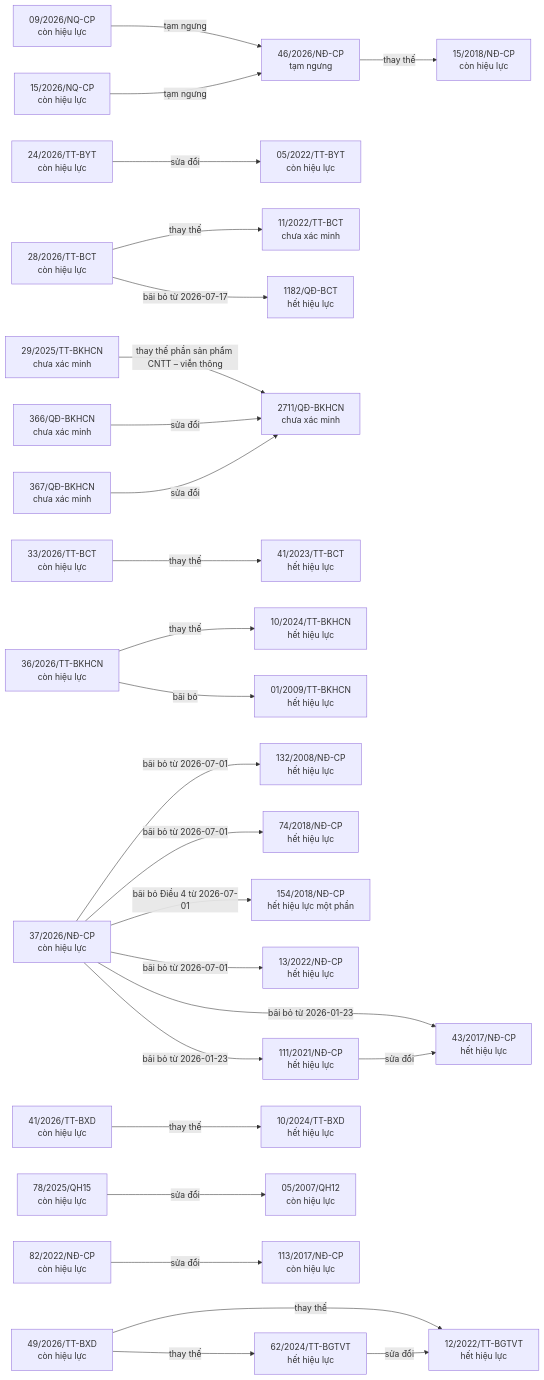
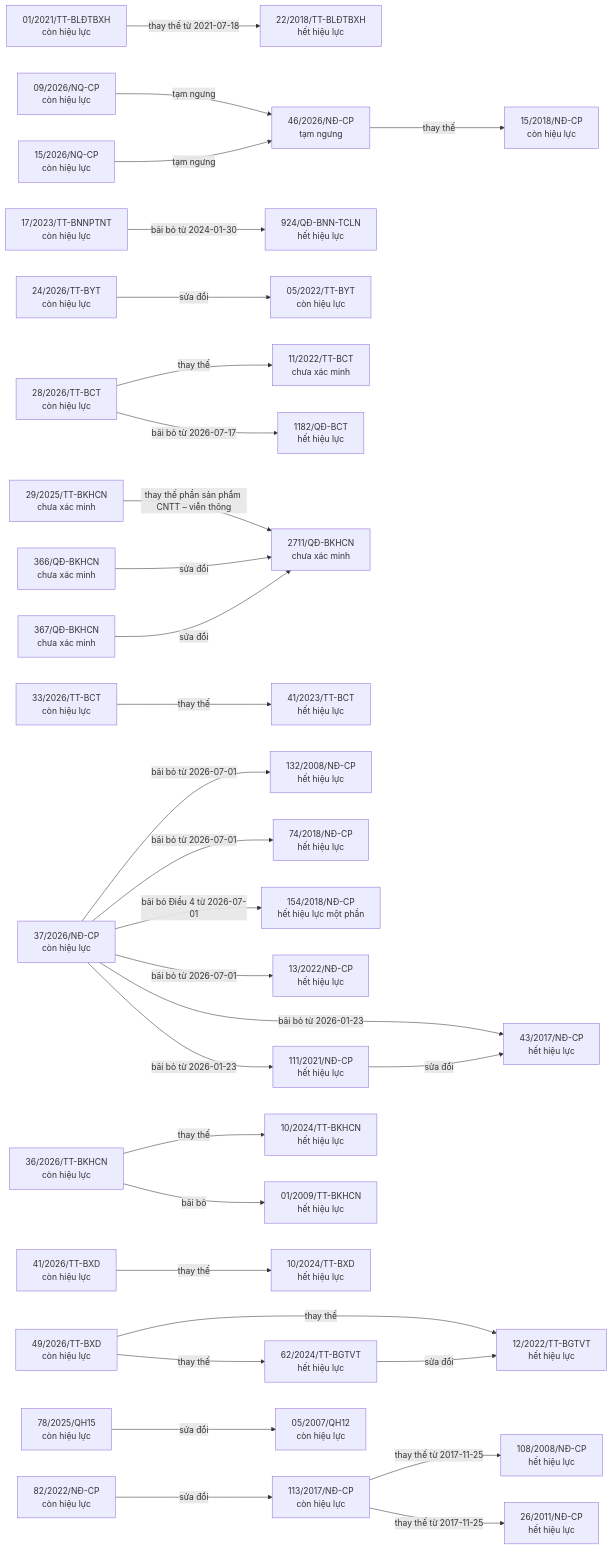
Before and after one commit to ozvietnam/oz-wiki-plhq: the third of 8 diagrams in bao-cao/quan-he.md, drawn with Mermaid. The commit also changed other lines of this file and 26 other files, not shown here.

````diff
--- a/bao-cao/quan-he.md
+++ b/bao-cao/quan-he.md
@@ -34,62 +37,72 @@
 ```mermaid
 flowchart LR
+  n_01_2021_TT_BL_TBXH["01/2021/TT-BLĐTBXH<br/>còn hiệu lực"]
+  n_22_2018_TT_BL_TBXH["22/2018/TT-BLĐTBXH<br/>hết hiệu lực"]
   n_09_2026_NQ_CP["09/2026/NQ-CP<br/>còn hiệu lực"]
   n_46_2026_N__CP["46/2026/NĐ-CP<br/>tạm ngưng"]
   n_111_2021_N__CP["111/2021/NĐ-CP<br/>hết hiệu lực"]
   n_43_2017_N__CP["43/2017/NĐ-CP<br/>hết hiệu lực"]
+  n_113_2017_N__CP["113/2017/NĐ-CP<br/>còn hiệu lực"]
+  n_108_2008_N__CP["108/2008/NĐ-CP<br/>hết hiệu lực"]
+  n_26_2011_N__CP["26/2011/NĐ-CP<br/>hết hiệu lực"]
   n_15_2026_NQ_CP["15/2026/NQ-CP<br/>còn hiệu lực"]
+  n_17_2023_TT_BNNPTNT["17/2023/TT-BNNPTNT<br/>còn hiệu lực"]
+  n_924_Q__BNN_TCLN["924/QĐ-BNN-TCLN<br/>hết hiệu lực"]
   n_24_2026_TT_BYT["24/2026/TT-BYT<br/>còn hiệu lực"]
   n_05_2022_TT_BYT["05/2022/TT-BYT<br/>còn hiệu lực"]
   n_28_2026_TT_BCT["28/2026/TT-BCT<br/>còn hiệu lực"]
   n_11_2022_TT_BCT["11/2022/TT-BCT<br/>chưa xác minh"]
   n_1182_Q__BCT["1182/QĐ-BCT<br/>hết hiệu lực"]
   n_29_2025_TT_BKHCN["29/2025/TT-BKHCN<br/>chưa xác minh"]
   n_2711_Q__BKHCN["2711/QĐ-BKHCN<br/>chưa xác minh"]
   n_33_2026_TT_BCT["33/2026/TT-BCT<br/>còn hiệu lực"]
   n_41_2023_TT_BCT["41/2023/TT-BCT<br/>hết hiệu lực"]
   n_36_2026_TT_BKHCN["36/2026/TT-BKHCN<br/>còn hiệu lực"]
   n_10_2024_TT_BKHCN["10/2024/TT-BKHCN<br/>hết hiệu lực"]
   n_01_2009_TT_BKHCN["01/2009/TT-BKHCN<br/>hết hiệu lực"]
   n_366_Q__BKHCN["366/QĐ-BKHCN<br/>chưa xác minh"]
   n_367_Q__BKHCN["367/QĐ-BKHCN<br/>chưa xác minh"]
   n_37_2026_N__CP["37/2026/NĐ-CP<br/>còn hiệu lực"]
   n_132_2008_N__CP["132/2008/NĐ-CP<br/>hết hiệu lực"]
   n_74_2018_N__CP["74/2018/NĐ-CP<br/>hết hiệu lực"]
   n_154_2018_N__CP["154/2018/NĐ-CP<br/>hết hiệu lực một phần"]
   n_13_2022_N__CP["13/2022/NĐ-CP<br/>hết hiệu lực"]
   n_41_2026_TT_BXD["41/2026/TT-BXD<br/>còn hiệu lực"]
   n_10_2024_TT_BXD["10/2024/TT-BXD<br/>hết hiệu lực"]
   n_15_2018_N__CP["15/2018/NĐ-CP<br/>còn hiệu lực"]
   n_49_2026_TT_BXD["49/2026/TT-BXD<br/>còn hiệu lực"]
   n_12_2022_TT_BGTVT["12/2022/TT-BGTVT<br/>hết hiệu lực"]
   n_62_2024_TT_BGTVT["62/2024/TT-BGTVT<br/>hết hiệu lực"]
   n_78_2025_QH15["78/2025/QH15<br/>còn hiệu lực"]
   n_05_2007_QH12["05/2007/QH12<br/>còn hiệu lực"]
   n_82_2022_N__CP["82/2022/NĐ-CP<br/>còn hiệu lực"]
-  n_113_2017_N__CP["113/2017/NĐ-CP<br/>còn hiệu lực"]
+  n_01_2021_TT_BL_TBXH -->|thay thế từ 2021-07-18| n_22_2018_TT_BL_TBXH
   n_09_2026_NQ_CP -->|tạm ngưng| n_46_2026_N__CP
   n_111_2021_N__CP -->|sửa đổi| n_43_2017_N__CP
+  n_113_2017_N__CP -->|thay thế từ 2017-11-25| n_108_2008_N__CP
+  n_113_2017_N__CP -->|thay thế từ 2017-11-25| n_26_2011_N__CP
   n_15_2026_NQ_CP -->|tạm ngưng| n_46_2026_N__CP
+  n_17_2023_TT_BNNPTNT -->|bãi bỏ từ 2024-01-30| n_924_Q__BNN_TCLN
   n_24_2026_TT_BYT -->|sửa đổi| n_05_2022_TT_BYT
   n_28_2026_TT_BCT -->|thay thế| n_11_2022_TT_BCT
   n_28_2026_TT_BCT -->|bãi bỏ từ 2026-07-17| n_1182_Q__BCT
   n_29_2025_TT_BKHCN -->|thay thế phần sản phẩm CNTT – viễn thông| n_2711_Q__BKHCN
   n_33_2026_TT_BCT -->|thay thế| n_41_2023_TT_BCT
   n_36_2026_TT_BKHCN -->|thay thế| n_10_2024_TT_BKHCN
   n_36_2026_TT_BKHCN -->|bãi bỏ| n_01_2009_TT_BKHCN
   n_366_Q__BKHCN -->|sửa đổi| n_2711_Q__BKHCN
   n_367_Q__BKHCN -->|sửa đổi| n_2711_Q__BKHCN
   n_37_2026_N__CP -->|bãi bỏ từ 2026-07-01| n_132_2008_N__CP
   n_37_2026_N__CP -->|bãi bỏ từ 2026-07-01| n_74_2018_N__CP
   n_37_2026_N__CP -->|bãi bỏ Điều 4 từ 2026-07-01| n_154_2018_N__CP
   n_37_2026_N__CP -->|bãi bỏ từ 2026-07-01| n_13_2022_N__CP
   n_37_2026_N__CP -->|bãi bỏ từ 2026-01-23| n_43_2017_N__CP
   n_37_2026_N__CP -->|bãi bỏ từ 2026-01-23| n_111_2021_N__CP
   n_41_2026_TT_BXD -->|thay thế| n_10_2024_TT_BXD
   n_46_2026_N__CP -->|thay thế| n_15_2018_N__CP
   n_49_2026_TT_BXD -->|thay thế| n_12_2022_TT_BGTVT
   n_49_2026_TT_BXD -->|thay thế| n_62_2024_TT_BGTVT
   n_62_2024_TT_BGTVT -->|sửa đổi| n_12_2022_TT_BGTVT
   n_78_2025_QH15 -->|sửa đổi| n_05_2007_QH12
   n_82_2022_N__CP -->|sửa đổi| n_113_2017_N__CP
 ```
````
